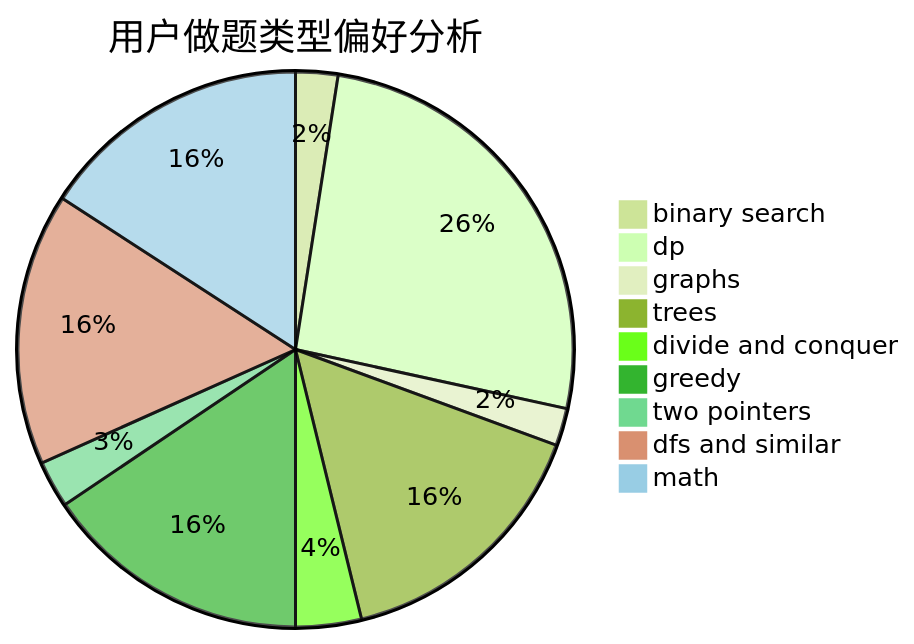
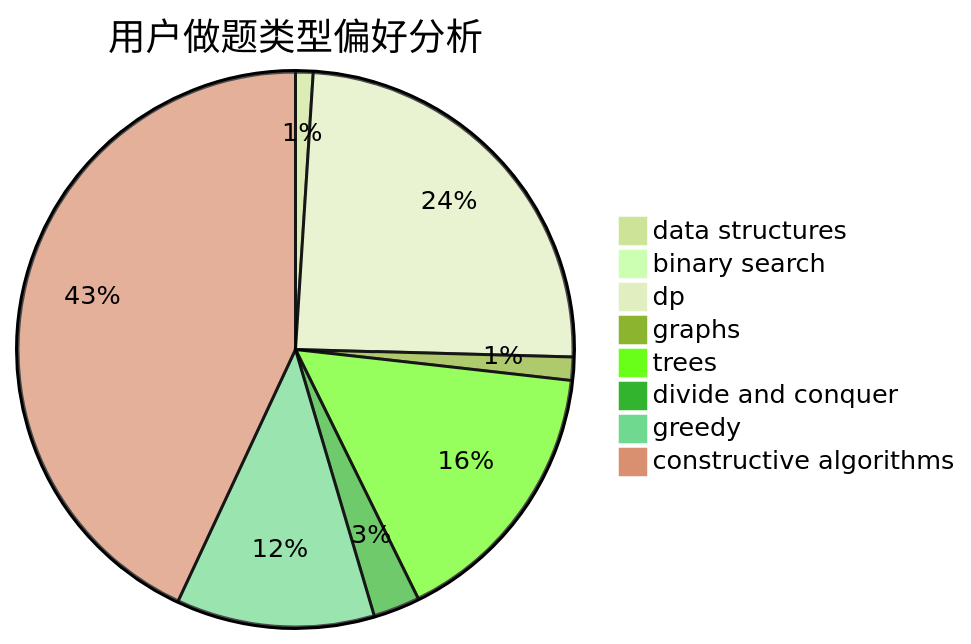
One commit to sherpahu/cfrs.github.io changed the second of 3 diagrams in docs/user/u2305.md. Above: the diagram before and after it, drawn with Mermaid (forest theme). The commit also changed other lines of this file and 2775 other files, not shown here.

````diff
--- a/docs/user/u2305.md
+++ b/docs/user/u2305.md
@@ -23,12 +23,11 @@
 ```mermaid
 pie title 用户做题类型偏好分析
-    "binary search" :  9
-    "dp" :  95
-    "graphs" :  8
-    "trees" :  57
-    "divide and conquer" :  14
-    "greedy" :  57
-    "two pointers" :  10
-    "dfs and similar" :  58
-    "math" :  58
+    "data structures" :  3
+    "binary search" :  0
+    "dp" :  72
+    "graphs" :  4
+    "trees" :  47
+    "divide and conquer" :  8
+    "greedy" :  34
+    "constructive algorithms" :  127
 ```
````
